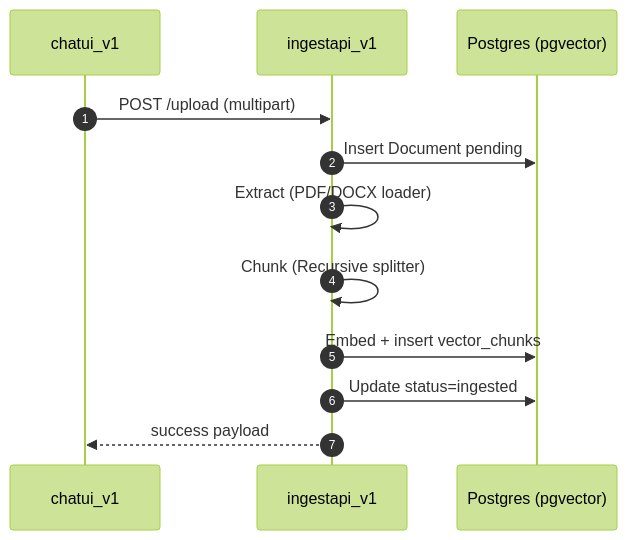
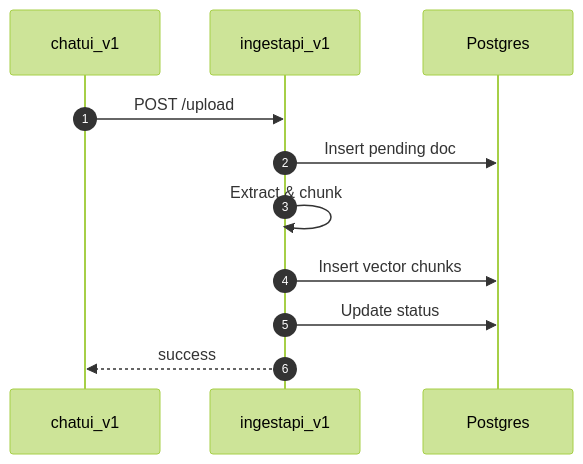
The fifth of 6 diagrams in chatbot_2/ARCHITECTURE.md (Abhi201-lab/chatbot__0), drawn with Mermaid (forest theme) before and after one commit. The commit also changed other lines of this file, not shown here.

First line of the commit message:
Revise architecture overview and deployment diagrams

````diff
--- a/chatbot_2/ARCHITECTURE.md
+++ b/chatbot_2/ARCHITECTURE.md
@@ -117,16 +98,14 @@
 ```mermaid
 sequenceDiagram
     autonumber
     participant UI as chatui_v1
     participant ING as ingestapi_v1
     participant PG as Postgres
-    participant PG as Postgres (pgvector)
 
-    UI->>ING: POST /upload (multipart)
-    ING->>PG: Insert Document pending
-    ING->>ING: Extract (PDF/DOCX loader)
-    ING->>ING: Chunk (Recursive splitter)
-    ING->>PG: Embed + insert vector_chunks
-    ING->>PG: Update status=ingested
-    ING-->>UI: success payload
+    UI->>ING: POST /upload
+    ING->>PG: Insert pending doc
+    ING->>ING: Extract & chunk
+    ING->>PG: Insert vector chunks
+    ING->>PG: Update status
+    ING-->>UI: success
 ```
````
